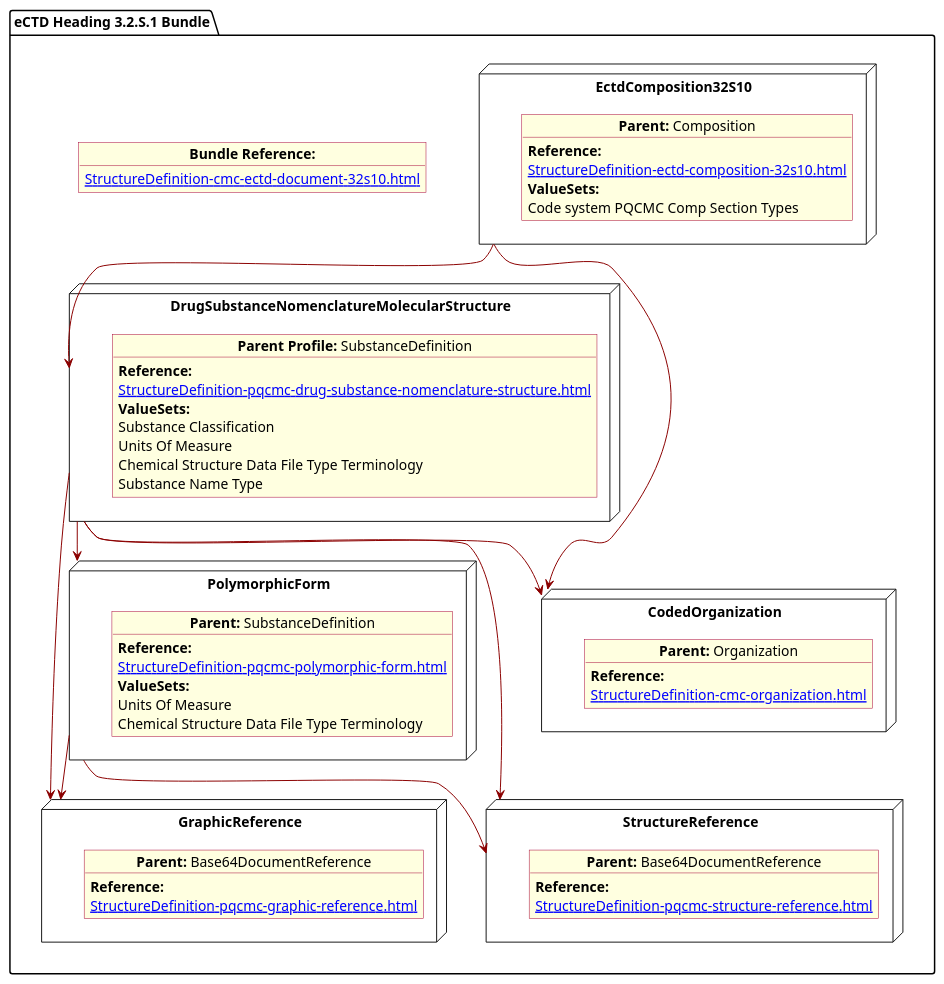
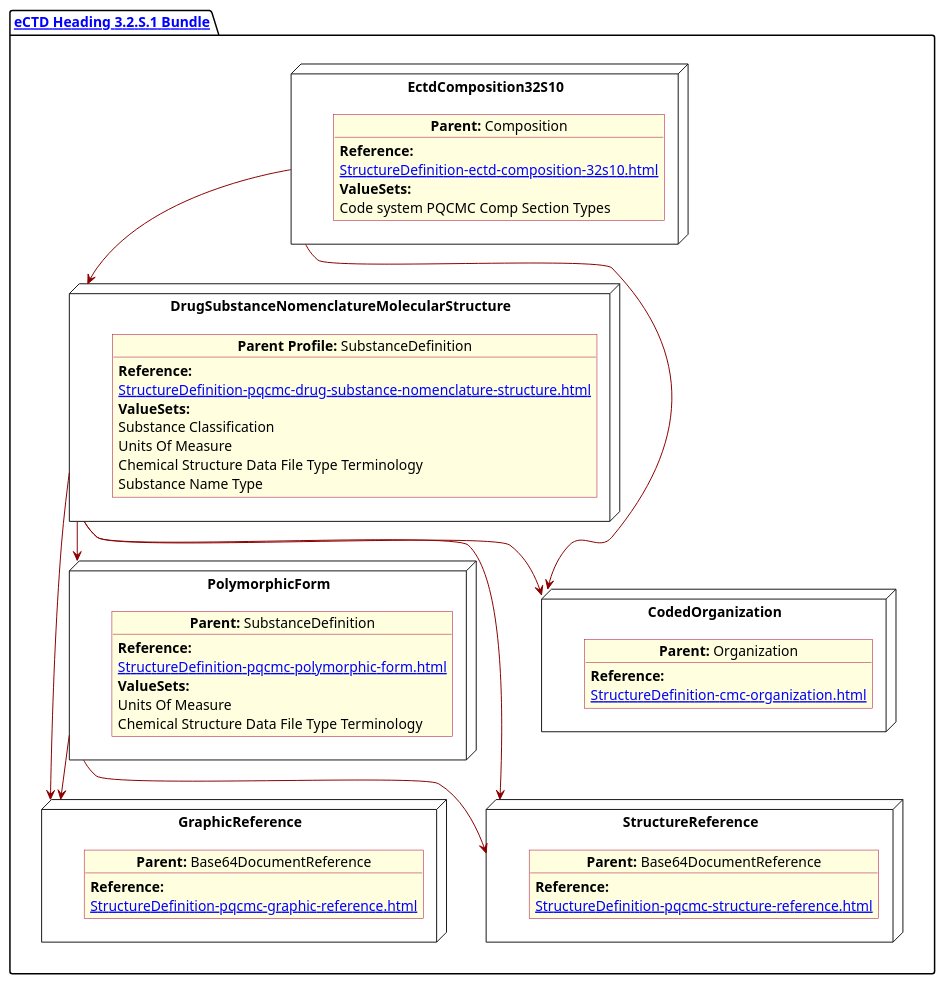
Before and after one commit to HL7/FHIR-us-pq-cmc-fda: the diagram in input/images-source/SubstanceGeneral.plantuml, drawn with PlantUML. The commit also changed 11 other files, not shown here.

Commit message:
plantUML package has hyperlink to bundle

```diff
--- a/input/images-source/SubstanceGeneral.plantuml
+++ b/input/images-source/SubstanceGeneral.plantuml
@@ -1,82 +1,79 @@
 @startuml SubstanceGeneral
 allowmixing
 'Mixed model of use case and object
 skinparam svgDimensionStyle false
 skinparam ObjectBackgroundColor LightYellow
 skinparam ObjectBorderColor #A80036
 skinparam activityDiamondBorderColor #A80036
 skinparam activityDiamondBackgroundColor lawnGreen
 skinparam ClassBorderThickness 4
 
-package "eCTD Heading 3.2.S.1 Bundle" as NODES {
-  object "**Bundle Reference:**" as objbun {
-    [[StructureDefinition-cmc-ectd-document-32s10.html]]
-  }
+package "[[StructureDefinition-cmc-ectd-document-32s10.html eCTD Heading 3.2.S.1 Bundle]]" as NODES {
 
   node "DrugSubstanceNomenclatureMolecularStructure" as NN {
 
     object "**Parent Profile:** SubstanceDefinition" as obj3 {
       **Reference:**
       [[StructureDefinition-pqcmc-drug-substance-nomenclature-structure.html]]
       **ValueSets:**
       Substance Classification
       Units Of Measure
       Chemical Structure Data File Type Terminology
       Substance Name Type 
     }
   }
 
   node "GraphicReference" as NB64 {
 
     object "**Parent:** Base64DocumentReference"  as obj64 {
       **Reference:**
       [[StructureDefinition-pqcmc-graphic-reference.html]]
     }
   }
 
   node "EctdComposition32S10" as N1 {
 
     object "**Parent:** Composition" as obj1 {
       **Reference:**
       [[StructureDefinition-ectd-composition-32s10.html]]
       **ValueSets:**
       Code system PQCMC Comp Section Types
     }
 
   }
   node "PolymorphicForm" as N2 {
 
     object "**Parent:** SubstanceDefinition" as obj2 {
       **Reference:**
       [[StructureDefinition-pqcmc-polymorphic-form.html]]
       **ValueSets:**
       Units Of Measure
       Chemical Structure Data File Type Terminology
     }
   }
   node "CodedOrganization" as NSO {
 
     object "**Parent:** Organization" as objAu {
       **Reference:**
       [[StructureDefinition-cmc-organization.html]]
   }
   }
  
   node "StructureReference" as NBstruc {
 
     object "**Parent:** Base64DocumentReference"  as objb64 {
       **Reference:**
       [[StructureDefinition-pqcmc-structure-reference.html]]
     }
   }
 
   N1 -[#darkred]-> NN
   NN -[#darkred]-> N2
   NN -[#darkred]-> NB64
   NN -[#darkred]-> NBstruc
   N2 -[#darkred]-> NB64
   N2 -[#darkred]-> NBstruc
   N1 -[#darkred]-> NSO
   NN -[#darkred]-> NSO
 }
 @enduml
```
